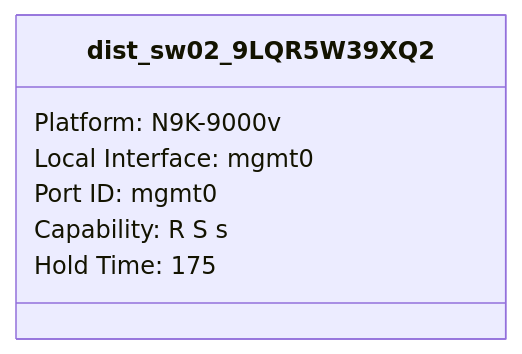
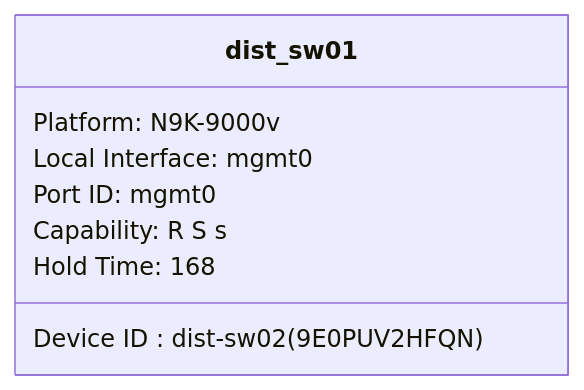
The first of 3 diagrams in Examples/NXOS/dist-sw01 show cdp neighbors class.md (automateyournetwork/pyYAHTS), drawn with Mermaid before and after one commit. The commit also changed other lines of this file and 36 other files, not shown here.

````diff
--- a/Examples/NXOS/dist-sw01 show cdp neighbors class.md
+++ b/Examples/NXOS/dist-sw01 show cdp neighbors class.md
@@ -13,10 +2,11 @@
 ```mermaid
 classDiagram
-class dist_sw02_9LQR5W39XQ2{
+class dist_sw01 {
+Device ID : dist-sw02(9E0PUV2HFQN)
 Platform: N9K-9000v
 Local Interface: mgmt0
 Port ID: mgmt0
 Capability: R S s
-Hold Time: 175
+Hold Time: 168
 }
 ```
````
